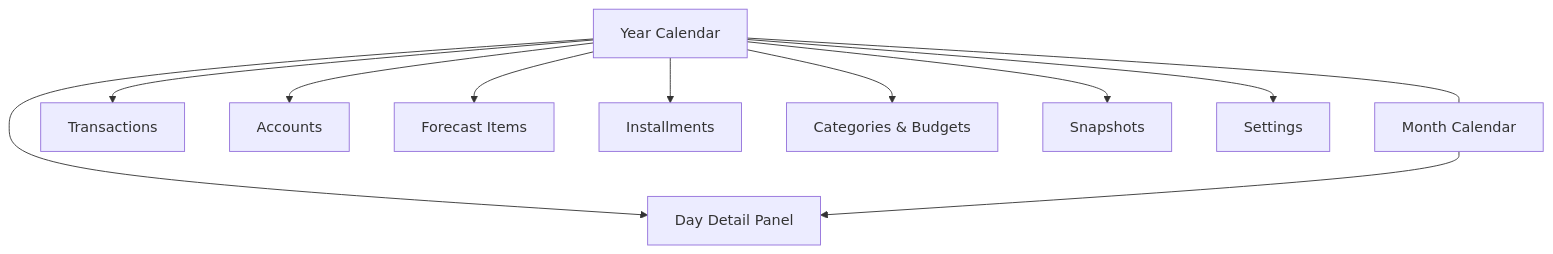
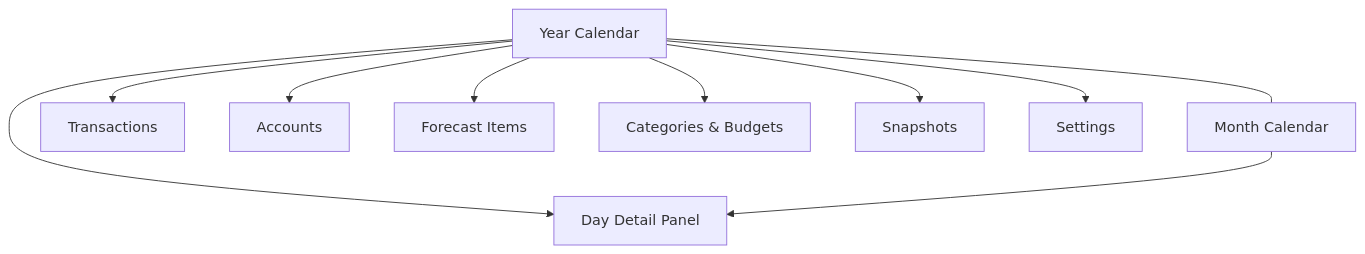
One commit to renancardo/cashflow changed the diagram in docs/specs/002-phase-1-scope.md. Above: the diagram before and after it, drawn with Mermaid. The commit also changed other lines of this file and 9 other files, not shown here.

````diff
--- a/docs/specs/002-phase-1-scope.md
+++ b/docs/specs/002-phase-1-scope.md
@@ -152,24 +153,22 @@
 ```mermaid
 flowchart TB
   YearCal["Year Calendar"]
   MonthCal["Month Calendar"]
   DayPanel["Day Detail Panel"]
   Txn["Transactions"]
   Acct["Accounts"]
   Forecast["Forecast Items"]
-  Install["Installments"]
   Budgets["Categories & Budgets"]
   Snap["Snapshots"]
   Settings["Settings"]
 
   YearCal --> DayPanel
   MonthCal --> DayPanel
   YearCal --- MonthCal
   YearCal --> Txn
   YearCal --> Acct
   YearCal --> Forecast
-  YearCal --> Install
   YearCal --> Budgets
   YearCal --> Snap
   YearCal --> Settings
 ```
````
